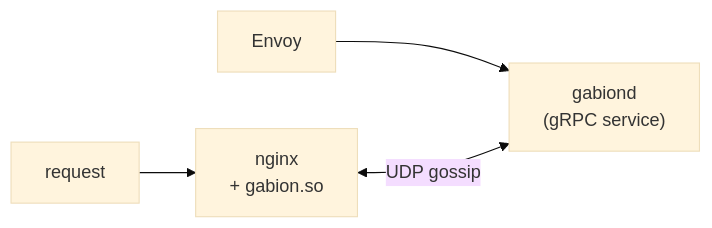
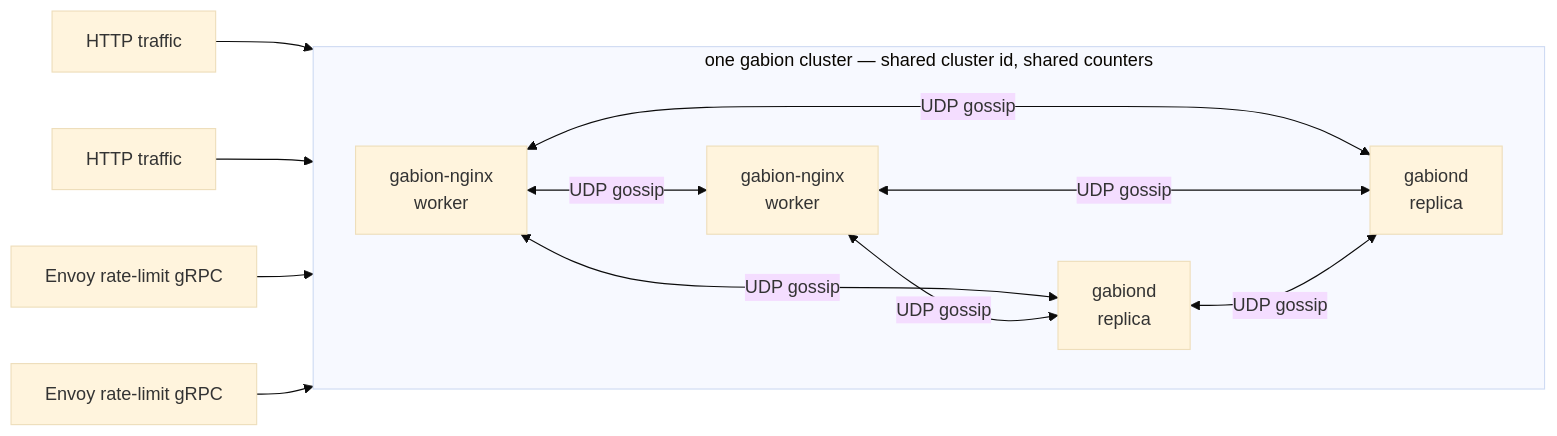
Before and after one commit to prosody-events/gabion: the diagram in README.md, drawn with Mermaid (base theme). The commit also changed other lines of this file and 7 other files, not shown here.

````diff
--- a/README.md
+++ b/README.md
@@ -13,6 +13,20 @@
 ```mermaid
 flowchart LR
-    client["request"] --> nginx["nginx<br/>+ gabion.so"]
-    envoy["Envoy"] --> gabiond["gabiond<br/>(gRPC service)"]
-    nginx <-->|UDP gossip| gabiond
+    subgraph cluster["one gabion cluster — shared cluster id, shared counters"]
+        direction LR
+        n1["gabion-nginx<br/>worker"]
+        n2["gabion-nginx<br/>worker"]
+        s1["gabiond<br/>replica"]
+        s2["gabiond<br/>replica"]
+        n1 <-->|UDP gossip| n2
+        n1 <-->|UDP gossip| s1
+        n1 <-->|UDP gossip| s2
+        n2 <-->|UDP gossip| s1
+        n2 <-->|UDP gossip| s2
+        s1 <-->|UDP gossip| s2
+    end
+    http1["HTTP traffic"] --> n1
+    http2["HTTP traffic"] --> n2
+    grpc1["Envoy rate-limit gRPC"] --> s1
+    grpc2["Envoy rate-limit gRPC"] --> s2
 ```
````
